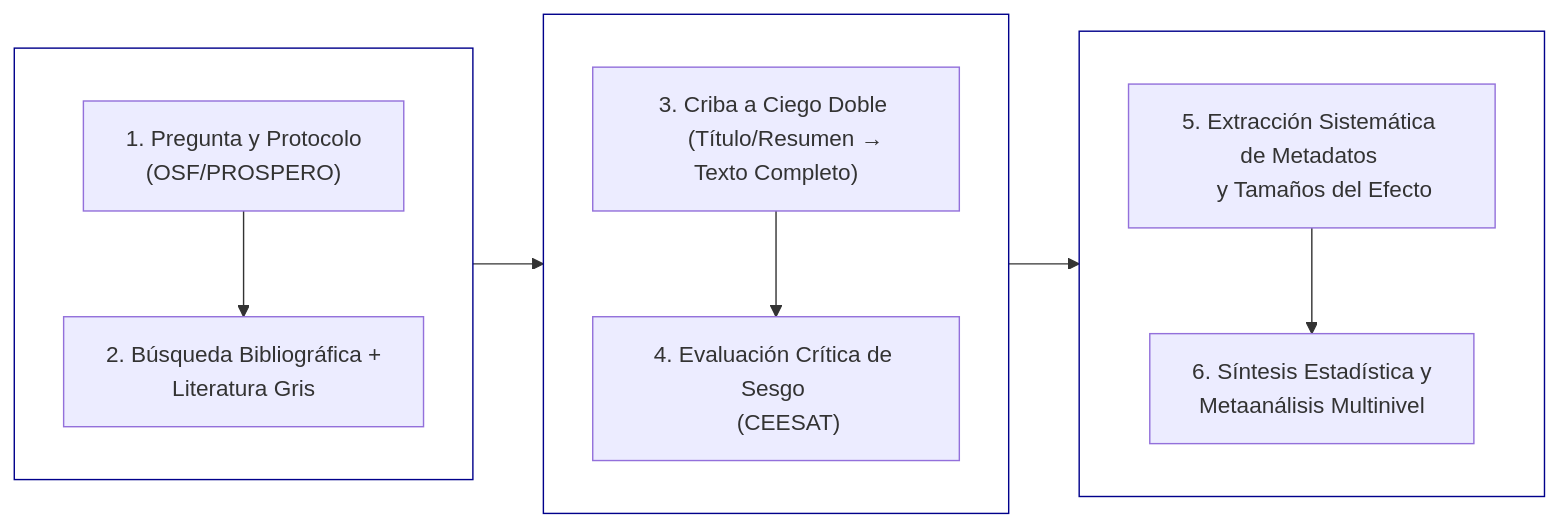
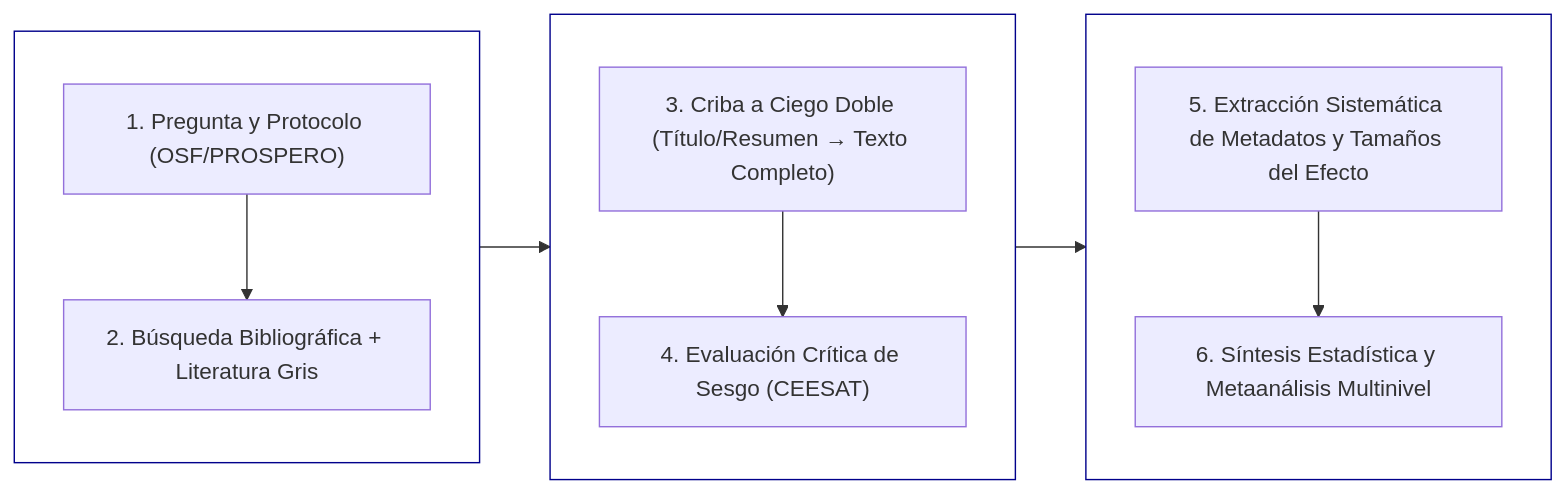
The first of 2 diagrams in revisiones_sistematicas.qmd (rodianfonseca/revisiones-sistematicas), drawn with Mermaid before and after one commit. The commit also changed other lines of this file and 28 other files, not shown here.

````diff
--- a/revisiones_sistematicas.qmd
+++ b/revisiones_sistematicas.qmd
@@ -155,32 +161,26 @@
 ```{mermaid}
 %%| mermaid-format: png
 %%| fig-width: 13
 %%| fig-align: center
 
 flowchart LR
   subgraph SGA [" "]
   direction TB
-    A["1. Pregunta y Protocolo
-    (OSF/PROSPERO)"] --> B["2. Búsqueda Bibliográfica + 
-    Literatura Gris"]
+    A["1. Pregunta y Protocolo (OSF/PROSPERO)"] --> B["2. Búsqueda Bibliográfica + Literatura Gris"]
   end
   subgraph SGB [" "]
   direction TB
-    C["3. Criba a Ciego Doble 
-    (Título/Resumen → Texto Completo)"] --> D["4. Evaluación Crítica de Sesgo 
-    (CEESAT)"]
+    C["3. Criba a Ciego Doble (Título/Resumen → Texto Completo)"] --> D["4. Evaluación Crítica de Sesgo (CEESAT)"]
   end
   subgraph SGC [" "]
   direction TB
-    E["5. Extracción Sistemática de Metadatos 
-    y Tamaños del Efecto"] --> F["6. Síntesis Estadística y 
-    Metaanálisis Multinivel"]
+    E["5. Extracción Sistemática de Metadatos y Tamaños del Efecto"] --> F["6. Síntesis Estadística y Metaanálisis Multinivel"]
   end
   SGA --> SGB
   SGB --> SGC
 
   %% Estilos para limpiar el diseño y ocultar contenedores
     style SGA fill:none,stroke:#00008B
     style SGB fill:none,stroke:#00008B
     style SGC fill:none,stroke:#00008B
 ```
````
